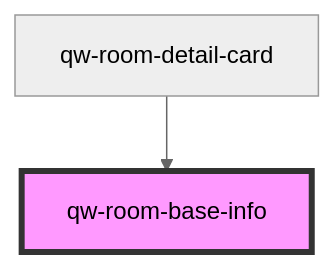
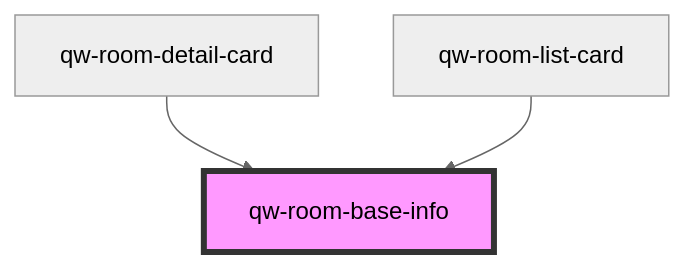
Before and after one commit to qwentes-team/qw-hotels: the diagram in src/components/qw-room-base-info/readme.md, drawn with Mermaid (neutral theme). The commit also changed other lines of this file and 24 other files, not shown here.

Commit message:
feat(room-list): type card

````diff
--- a/src/components/qw-room-base-info/readme.md
+++ b/src/components/qw-room-base-info/readme.md
@@ -23,5 +26,6 @@
 ```mermaid
 graph TD;
   qw-room-detail-card --> qw-room-base-info
+  qw-room-list-card --> qw-room-base-info
   style qw-room-base-info fill:#f9f,stroke:#333,stroke-width:4px
 ```
````
